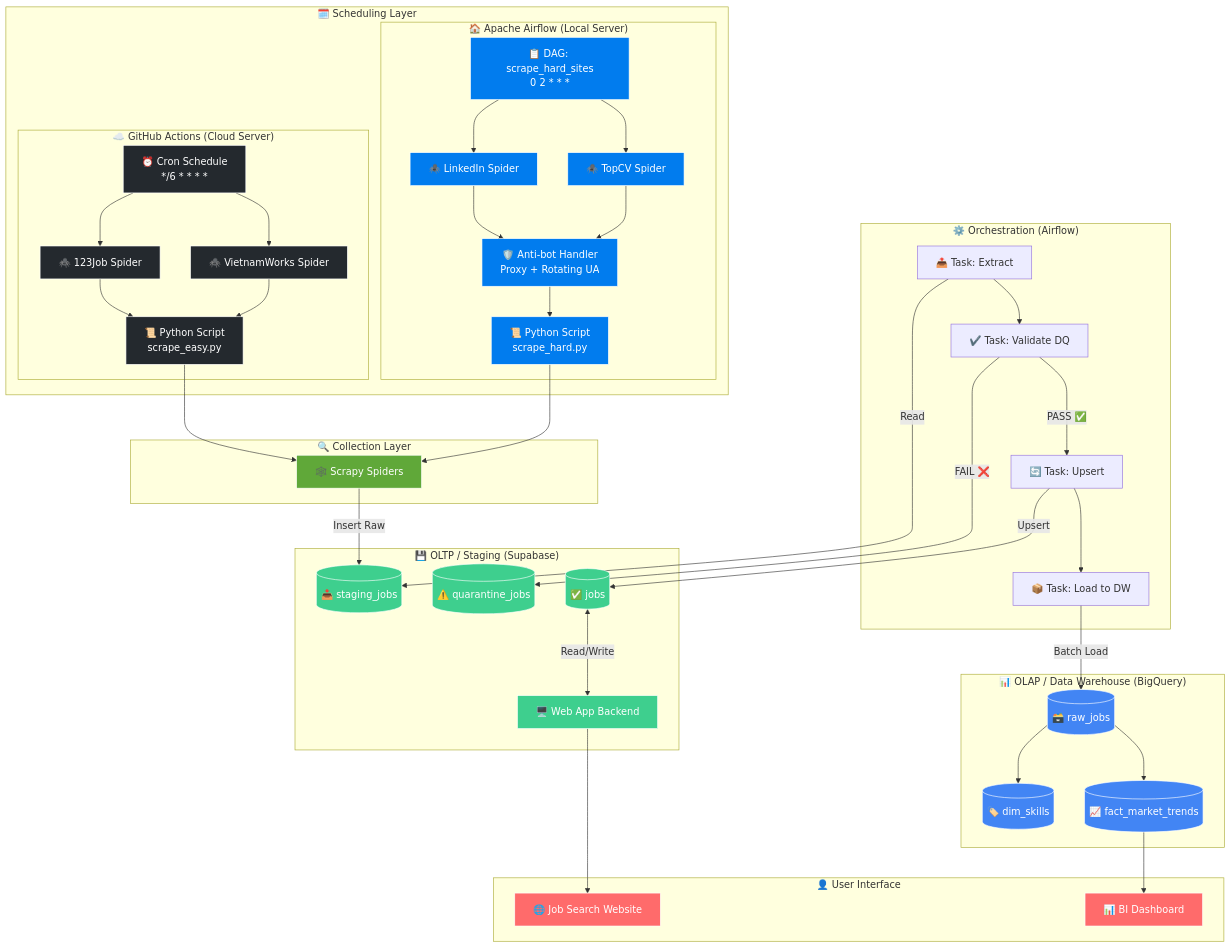
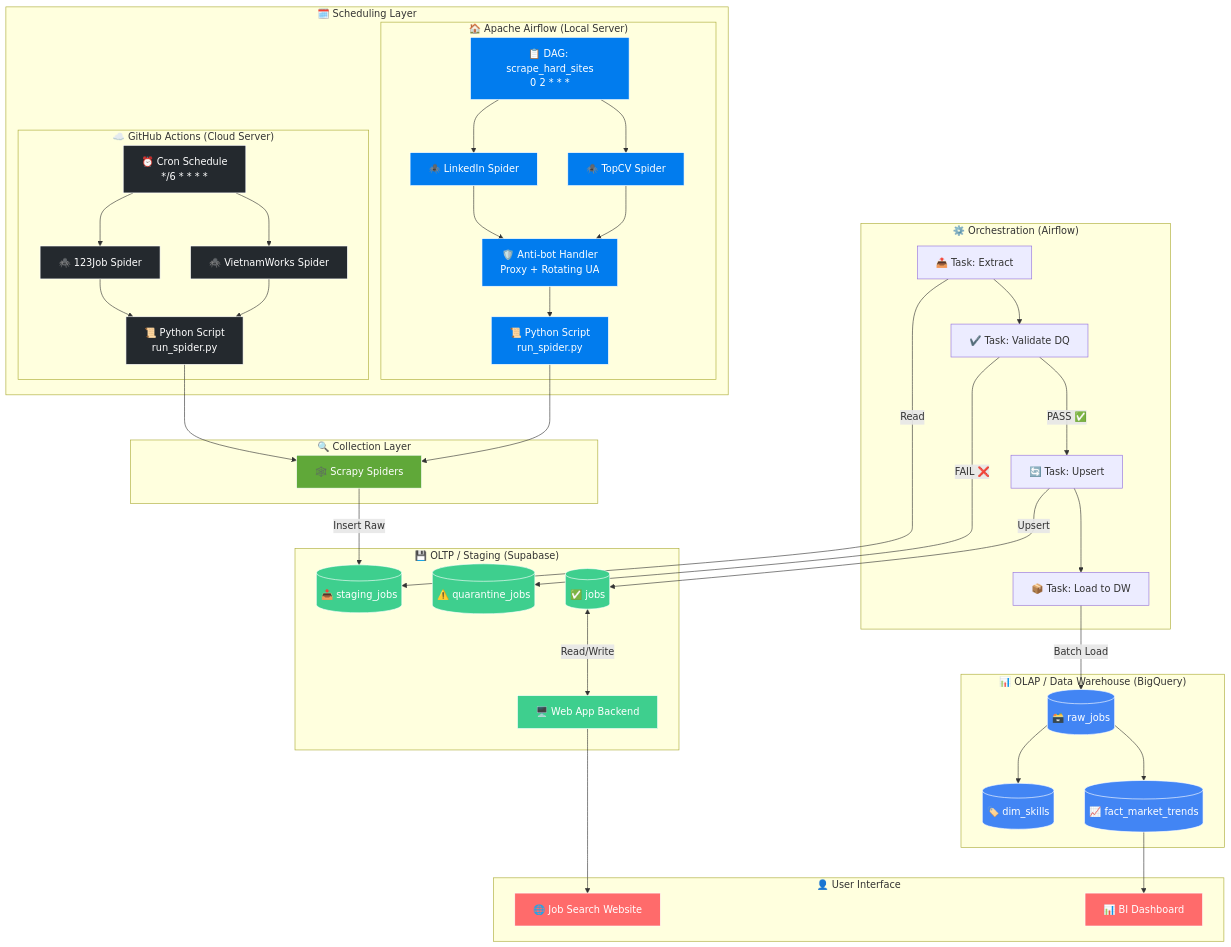
One commit to thethien8a/Crawl-Jobs changed the diagram in README.md. Above: the diagram before and after it, drawn with Mermaid. The commit also changed 2 other files, not shown here.

```diff
--- a/README.md
+++ b/README.md
@@ -13,7 +13,7 @@
             GA_CRON["⏰ Cron Schedule<br/>*/6 * * * *"]
             GA_TOPCV["🕷️ 123Job Spider"]
             GA_VNW["🕷️ VietnamWorks Spider"]
-            GA_SCRIPT["📜 Python Script<br/>scrape_easy.py"]
+            GA_SCRIPT["📜 Python Script<br/>run_spider.py"]
         end
         
         subgraph Airflow_Local["🏠 Apache Airflow (Local Server)"]
@@ -21,7 +21,7 @@
             AF_LINKEDIN["🕷️ LinkedIn Spider"]
             AF_GLASSDOOR["🕷️ TopCV Spider"]
             AF_ANTIBOT["🛡️ Anti-bot Handler<br/>Proxy + Rotating UA"]
-            AF_SCRIPT["📜 Python Script<br/>scrape_hard.py"]
+            AF_SCRIPT["📜 Python Script<br/>run_spider.py"]
         end
     end
 
```
